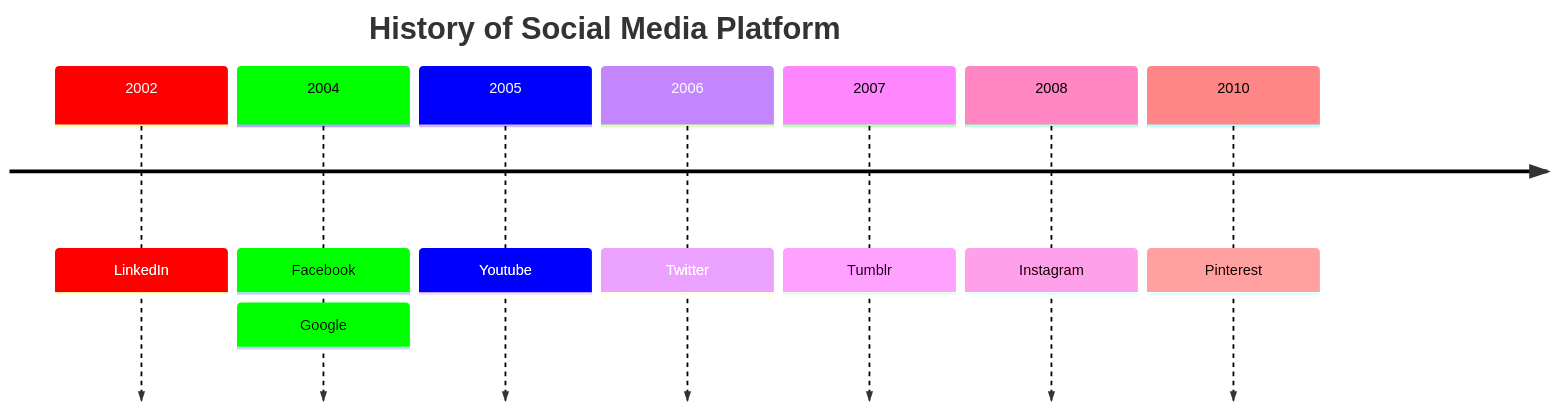
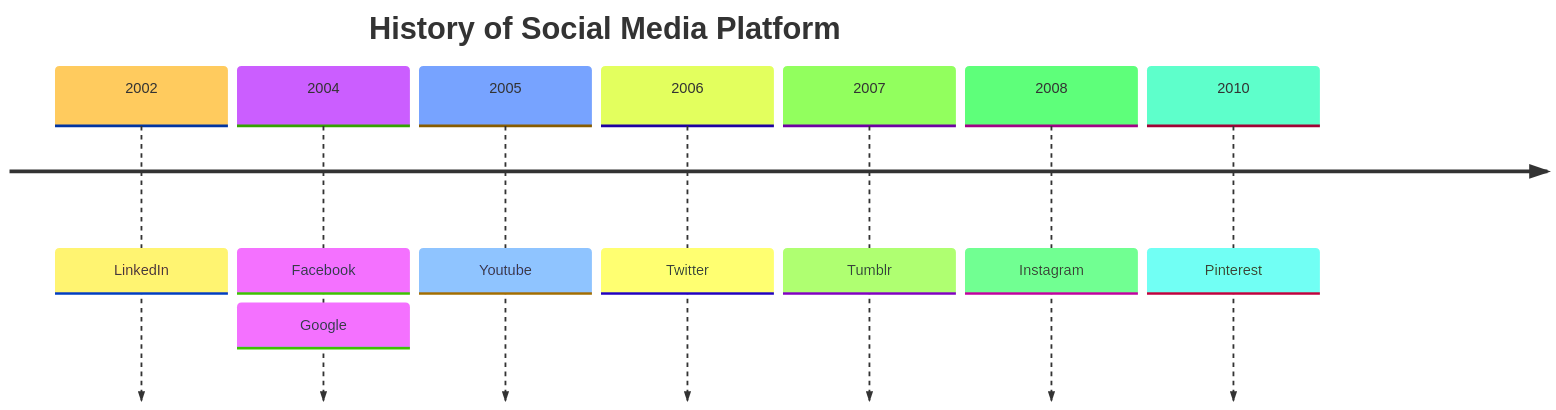
Before and after one commit to boddaert/snt: the diagram in seconde/Web/Reperes_historiques.md, drawn with Mermaid.

````diff
--- a/seconde/Web/Reperes_historiques.md
+++ b/seconde/Web/Reperes_historiques.md
@@ -17,16 +17,12 @@
 ```mermaid
-%%{init: { 'logLevel': 'debug', 'theme': 'default' , 'themeVariables': {
-              'cScale0': '#ff0000', 'cScaleLabel0': '#ffffff',
-              'cScale1': '#00ff00',
-              'cScale2': '#0000ff', 'cScaleLabel2': '#ffffff'
-       } } }%%
-       timeline
+%%{init: { 'logLevel': 'debug', 'theme': 'base' } }%%
+    timeline
         title History of Social Media Platform
           2002 : LinkedIn
           2004 : Facebook : Google
           2005 : Youtube
           2006 : Twitter
           2007 : Tumblr
           2008 : Instagram
           2010 : Pinterest
 ```
````
